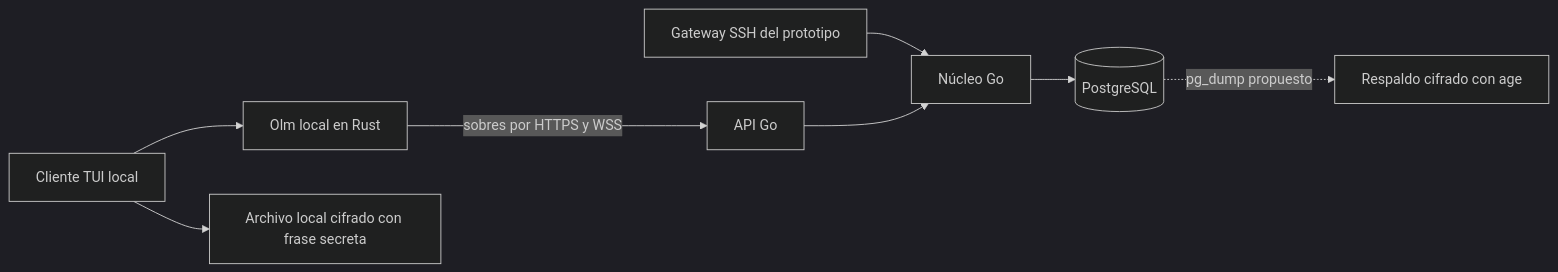
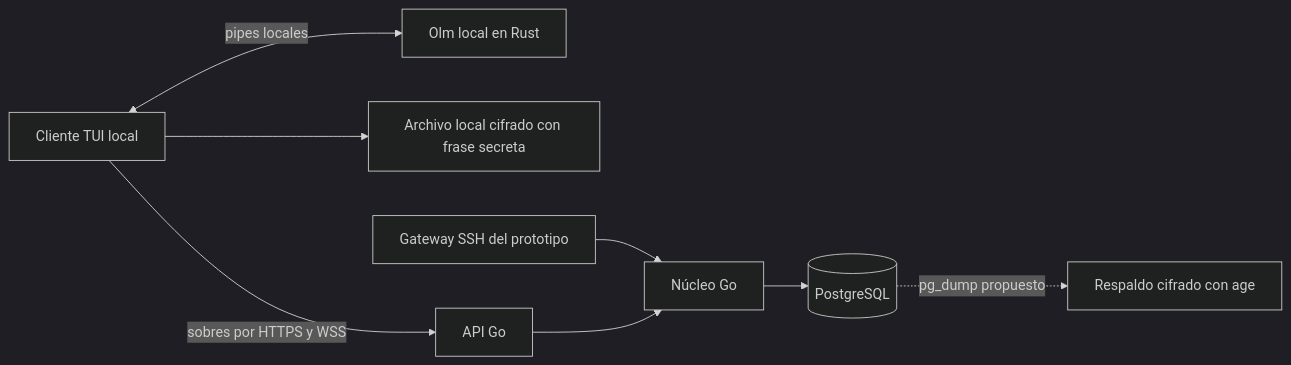
The diagram in docs/architecture.md (karatekah/karatty), drawn with Mermaid (dark theme) before and after one commit. The commit also changed other lines of this file and 15 other files, not shown here.

Commit message:
docs: finish alpha installation architecture and release guidance

````diff
--- a/docs/architecture.md
+++ b/docs/architecture.md
@@ -7,10 +7,10 @@
 ```mermaid
 flowchart LR
-    TUI[Cliente TUI local] --> OLM[Olm local en Rust]
+    TUI[Cliente TUI local] <-->|pipes locales| OLM[Olm local en Rust]
     TUI --> STATE[Archivo local cifrado con frase secreta]
-    OLM -->|sobres por HTTPS y WSS| API[API Go]
+    TUI -->|sobres por HTTPS y WSS| API[API Go]
     SSH[Gateway SSH del prototipo] --> CORE[Núcleo Go]
     API --> CORE
     CORE --> PG[(PostgreSQL)]
     PG -.->|pg_dump propuesto| BACKUP[Respaldo cifrado con age]
 ```
````
